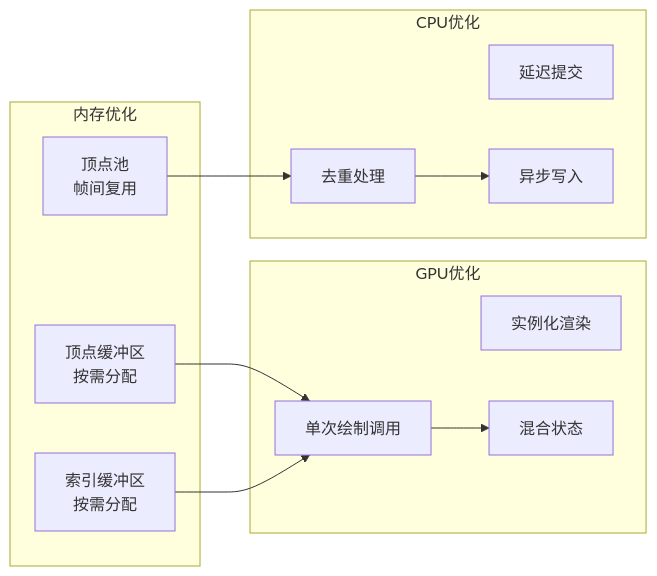
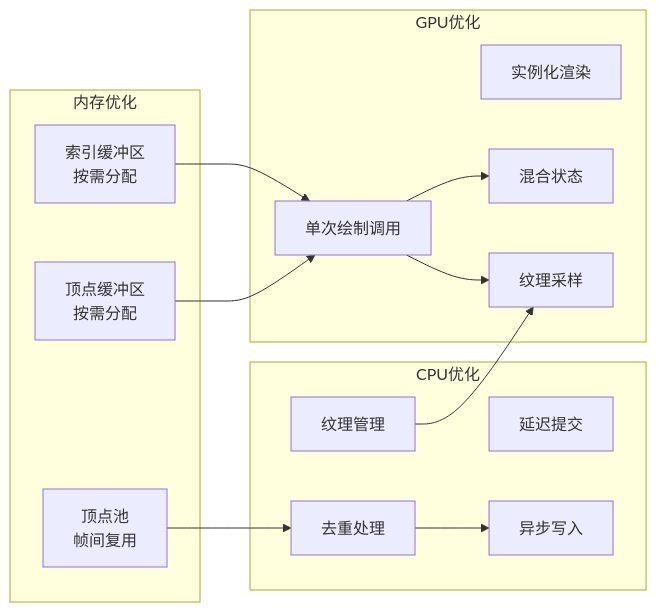
One commit to itszzl-sudo/iris changed diagram 13 of 17 in .qoder/repowiki/zh/content/技术架构详解/整体架构设计/Rust工作区架构.md. Above: the diagram before and after it, drawn with Mermaid. The commit also changed other lines of this file and 5 other files, not shown here.

````diff
--- a/.qoder/repowiki/zh/content/技术架构详解/整体架构设计/Rust工作区架构.md
+++ b/.qoder/repowiki/zh/content/技术架构详解/整体架构设计/Rust工作区架构.md
@@ -515,23 +570,27 @@
 ```mermaid
 graph LR
 subgraph "内存优化"
 VB[顶点缓冲区<br/>按需分配]
 IB[索引缓冲区<br/>按需分配]
 Pool[顶点池<br/>帧间复用]
 end
 subgraph "GPU优化"
 Single[单次绘制调用]
 Instancing[实例化渲染]
 Blend[混合状态]
+Texture[纹理采样]
 end
 subgraph "CPU优化"
 Dedup[去重处理]
 Defer[延迟提交]
 Async[异步写入]
+TextureMgmt[纹理管理]
 end
 VB --> Single
 IB --> Single
 Pool --> Dedup
 Single --> Blend
+Single --> Texture
 Dedup --> Async
+TextureMgmt --> Texture
 ```
````
